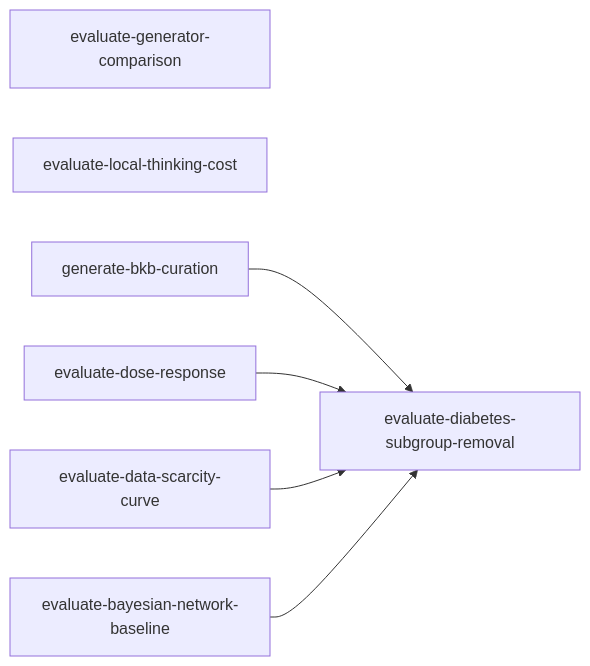
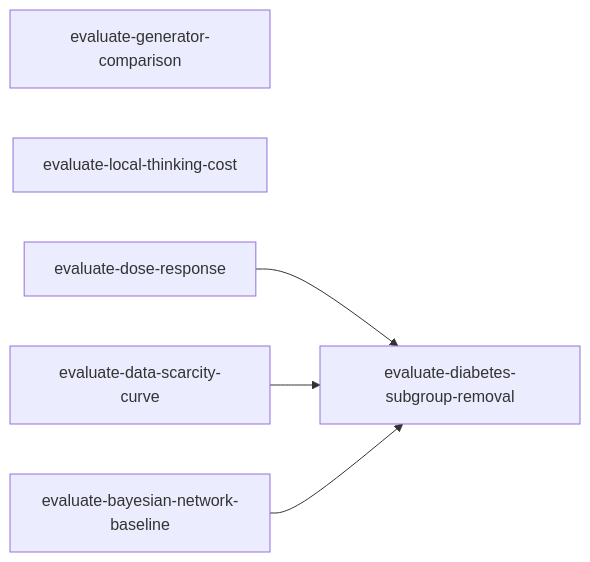
One commit to joe-dartmouth/synthetic changed the diagram in tasks/experiments-index.md. Above: the diagram before and after it, drawn with Mermaid. The commit also changed other lines of this file and 32 other files, not shown here.

````diff
--- a/tasks/experiments-index.md
+++ b/tasks/experiments-index.md
@@ -36,9 +30,8 @@
 ```mermaid
 flowchart LR
     generator_comparison[evaluate-generator-comparison]
     local_thinking[evaluate-local-thinking-cost]
-    bkb_curation[generate-bkb-curation] --> diabetes_removal[evaluate-diabetes-subgroup-removal]
-    dose_response[evaluate-dose-response] --> diabetes_removal
+    dose_response[evaluate-dose-response] --> diabetes_removal[evaluate-diabetes-subgroup-removal]
     scarcity_curve[evaluate-data-scarcity-curve] --> diabetes_removal
     bn_baseline[evaluate-bayesian-network-baseline] --> diabetes_removal
 ```
````
